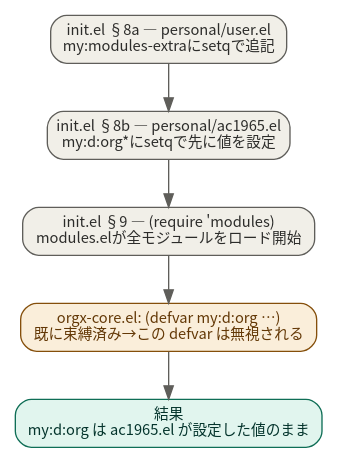
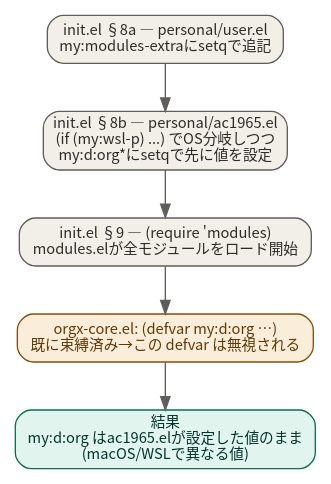
One commit to ac1965/.emacs.d changed diagram 13 of 13 in design_spec.org. Above: the diagram before and after it, drawn with Graphviz. The commit also changed other lines of this file, not shown here.

```diff
--- a/design_spec.org
+++ b/design_spec.org
@@ -1269,16 +1311,16 @@
 #+begin_src dot
 digraph personal_override_contract {
   rankdir=TB;
   fontname="Noto Sans CJK JP";
   node [shape=box style="rounded,filled" fontname="Noto Sans CJK JP" fontsize=11 fillcolor="#F1EFE8" color="#5F5E5A" fontcolor="#2C2C2A"];
   edge [color="#5F5E5A" fontname="Noto Sans CJK JP" fontsize=10 fontcolor="#5F5E5A"];
 
   s1 [label="init.el §8a — personal/user.el\nmy:modules-extraにsetqで追記"];
-  s2 [label="init.el §8b — personal/ac1965.el\nmy:d:org*にsetqで先に値を設定"];
+  s2 [label="init.el §8b — personal/ac1965.el\n(if (my:wsl-p) ...) でOS分岐しつつ\nmy:d:org*にsetqで先に値を設定"];
   s3 [label="init.el §9 — (require 'modules)\nmodules.elが全モジュールをロード開始"];
   s4 [label="orgx-core.el: (defvar my:d:org …)\n既に束縛済み→この defvar は無視される" fillcolor="#FAEEDA" color="#854F0B" fontcolor="#633806"];
-  s5 [label="結果\nmy:d:org は ac1965.el が設定した値のまま" fillcolor="#E1F5EE" color="#0F6E56" fontcolor="#04342C"];
+  s5 [label="結果\nmy:d:org はac1965.elが設定した値のまま\n(macOS/WSLで異なる値)" fillcolor="#E1F5EE" color="#0F6E56" fontcolor="#04342C"];
 
   s1 -> s2 -> s3 -> s4 -> s5;
 }
 #+end_src
```
